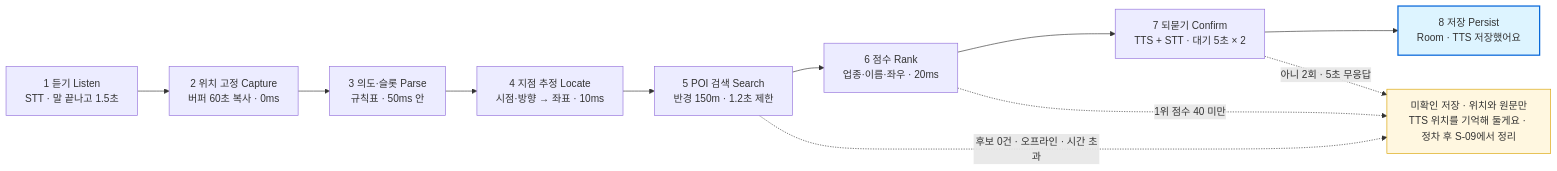
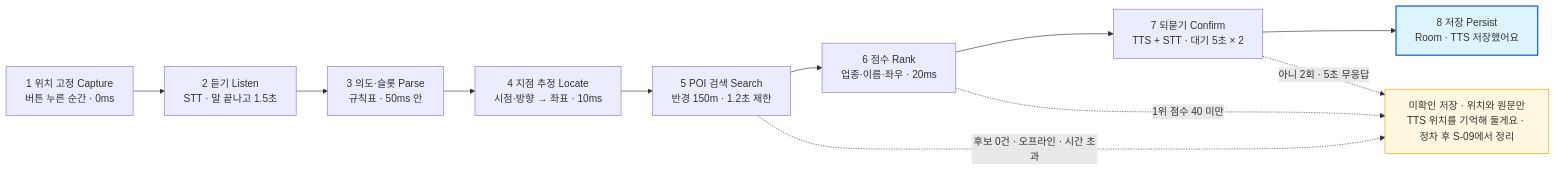
Before and after one commit to easycd/Hyundai_Pleos_App_Competition: the second of 3 diagrams in docs/03_기술서.md, drawn with Mermaid. The commit also changed other lines of this file and 6 other files, not shown here.

````diff
--- a/docs/03_기술서.md
+++ b/docs/03_기술서.md
@@ -211,12 +211,12 @@
 ```mermaid
 flowchart LR
-  L1["1 듣기 Listen<br/>STT · 말 끝나고 1.5초"] --> C2["2 위치 고정 Capture<br/>버퍼 60초 복사 · 0ms"]
-  C2 --> P3["3 의도·슬롯 Parse<br/>규칙표 · 50ms 안"] --> L4["4 지점 추정 Locate<br/>시점·방향 → 좌표 · 10ms"]
+  C1["1 위치 고정 Capture<br/>버튼 누른 순간 · 0ms"] --> L2["2 듣기 Listen<br/>STT · 말 끝나고 1.5초"]
+  L2 --> P3["3 의도·슬롯 Parse<br/>규칙표 · 50ms 안"] --> L4["4 지점 추정 Locate<br/>시점·방향 → 좌표 · 10ms"]
   L4 --> S5["5 POI 검색 Search<br/>반경 150m · 1.2초 제한"] --> R6["6 점수 Rank<br/>업종·이름·좌우 · 20ms"]
   R6 --> C7["7 되묻기 Confirm<br/>TTS + STT · 대기 5초 × 2"] --> P8["8 저장 Persist<br/>Room · TTS 저장했어요"]
   S5 -. "후보 0건 · 오프라인 · 시간 초과" .-> U
   R6 -. "1위 점수 40 미만" .-> U
   C7 -. "아니 2회 · 5초 무응답" .-> U["미확인 저장 · 위치와 원문만<br/>TTS 위치를 기억해 둘게요 · 정차 후 S-09에서 정리"]
   style P8 fill:#ddf4ff,stroke:#0969da,stroke-width:2px
   style U fill:#fff7e0,stroke:#d9a300
 ```
````
